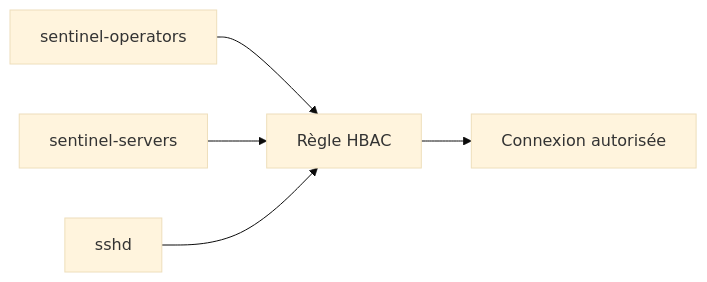
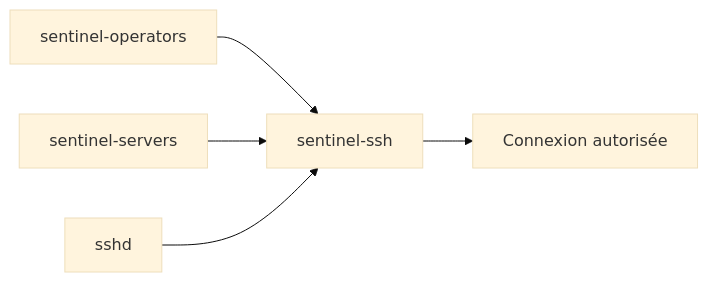
The second of 3 diagrams in sentinel/docs/campagne_08/8.7-gestion-hotes.md (tdelaclos/formations), drawn with Mermaid (base theme) before and after one commit. The commit also changed other lines of this file and 10 other files, not shown here.

````diff
--- a/sentinel/docs/campagne_08/8.7-gestion-hotes.md
+++ b/sentinel/docs/campagne_08/8.7-gestion-hotes.md
@@ -1475,15 +235,7 @@
 ```mermaid
 flowchart LR
-
-    USERS[sentinel-operators]
-
-    HOSTS[sentinel-servers]
-
-    SERVICE[sshd]
-
-    USERS --> HBAC[Règle HBAC]
-    HOSTS --> HBAC
-    SERVICE --> HBAC
-
-    HBAC --> ACCESS[Connexion autorisée]
+    Users["sentinel-operators"] --> HBAC["sentinel-ssh"]
+    Hosts["sentinel-servers"] --> HBAC
+    Service["sshd"] --> HBAC
+    HBAC --> Decision["Connexion autorisée"]
 ```
````
